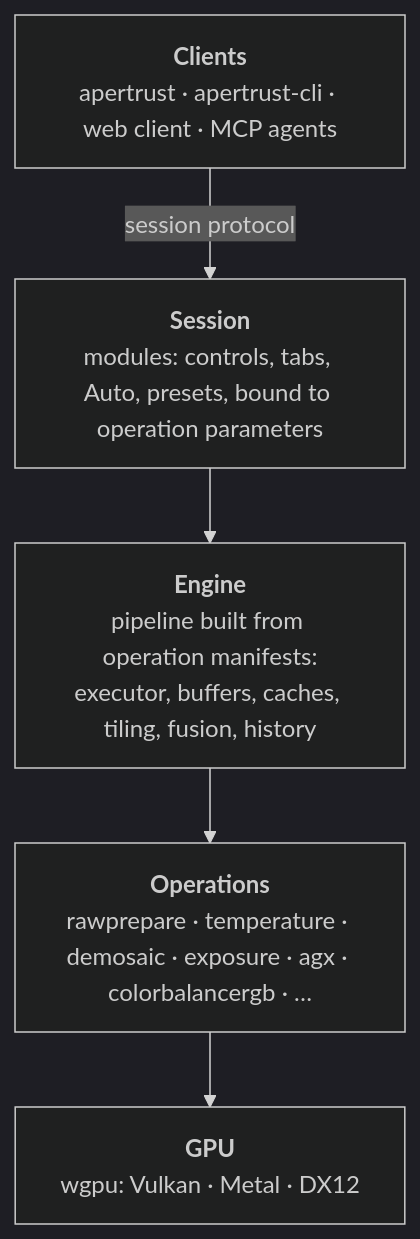
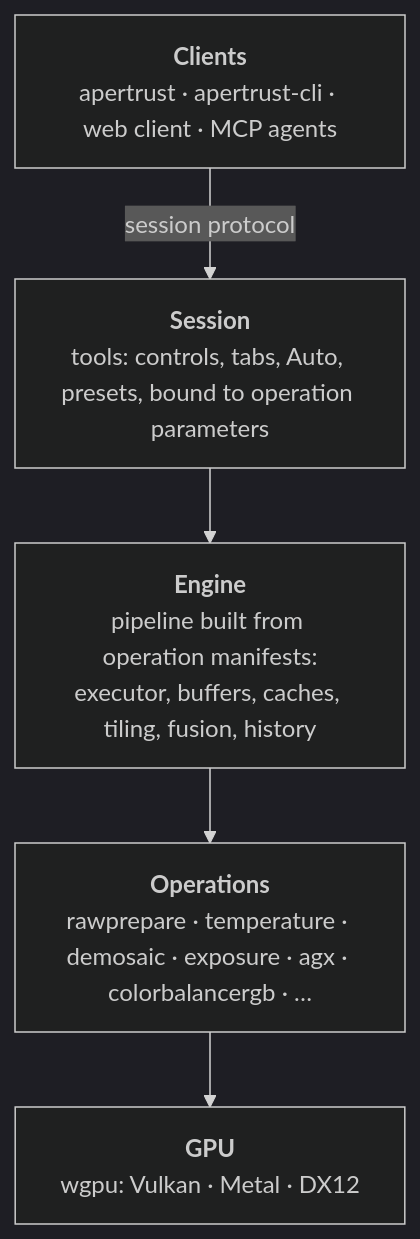
One commit to apertrust/apertrust changed the first of 9 diagrams in docs/engine.md. Above: the diagram before and after it, drawn with Mermaid (dark theme). The commit also changed other lines of this file and 177 other files, not shown here.

````diff
--- a/docs/engine.md
+++ b/docs/engine.md
@@ -47,9 +47,9 @@
 ```mermaid
 flowchart TB
     clients["<b>Clients</b><br/>apertrust · apertrust-cli · web client · MCP agents"]
-    session["<b>Session</b><br/>modules: controls, tabs, Auto, presets, bound to operation parameters"]
+    session["<b>Session</b><br/>tools: controls, tabs, Auto, presets, bound to operation parameters"]
     engine["<b>Engine</b><br/>pipeline built from operation manifests:<br/>executor, buffers, caches, tiling, fusion, history"]
     ops["<b>Operations</b><br/>rawprepare · temperature · demosaic · exposure · agx · colorbalancergb · …"]
     gpu["<b>GPU</b><br/>wgpu: Vulkan · Metal · DX12"]
     clients -->|"session protocol"| session --> engine --> ops --> gpu
 ```
````
